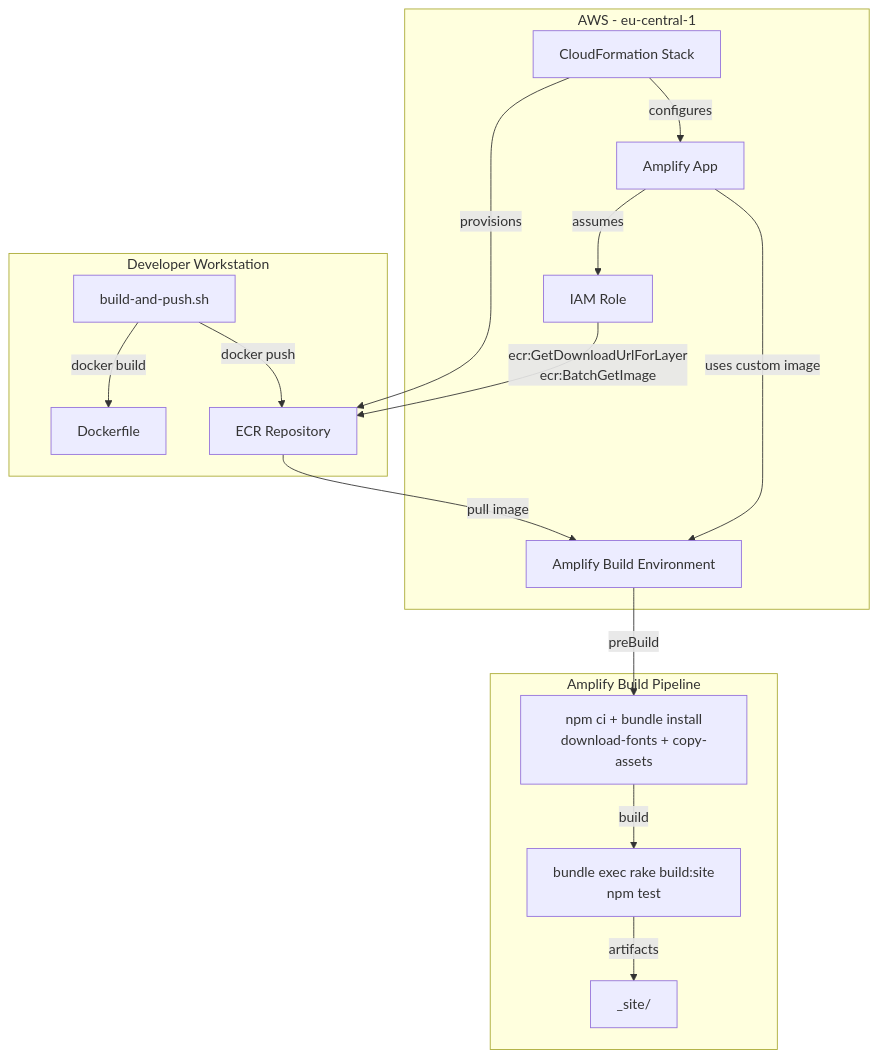
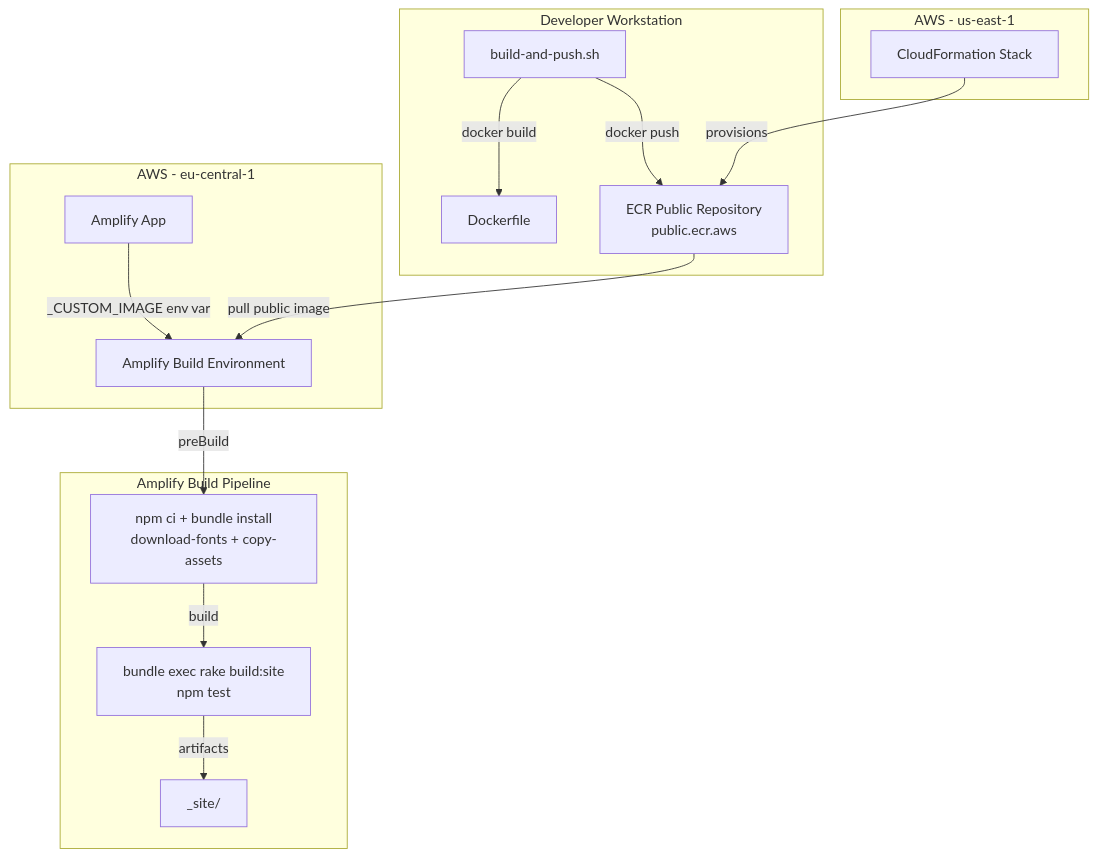
The diagram in .kiro/specs/custom-amplify-build-image/design.md (binghamchris/paddelbuch), drawn with Mermaid before and after one commit. The commit also changed other lines of this file and 3 other files, not shown here.

First line of the commit message:
feat: switch ECR template from private to ECR Public

````diff
--- a/.kiro/specs/custom-amplify-build-image/design.md
+++ b/.kiro/specs/custom-amplify-build-image/design.md
@@ -19,22 +22,22 @@
 ```mermaid
 graph TD
     subgraph "Developer Workstation"
         A[build-and-push.sh] -->|docker build| B[Dockerfile]
-        A -->|docker push| C[ECR Repository]
+        A -->|docker push| C[ECR Public Repository\npublic.ecr.aws]
+    end
+
+    subgraph "AWS - us-east-1"
+        E[CloudFormation Stack] -->|provisions| C
     end
 
     subgraph "AWS - eu-central-1"
-        C -->|pull image| D[Amplify Build Environment]
-        E[CloudFormation Stack] -->|provisions| C
-        E -->|configures| F[Amplify App]
-        F -->|uses custom image| D
-        G[IAM Role] -->|ecr:GetDownloadUrlForLayer\necr:BatchGetImage| C
-        F -->|assumes| G
+        F[Amplify App] -->|_CUSTOM_IMAGE env var| D[Amplify Build Environment]
+        C -->|pull public image| D
     end
 
     subgraph "Amplify Build Pipeline"
         D -->|preBuild| H[npm ci + bundle install\ndownload-fonts + copy-assets]
         H -->|build| I[bundle exec rake build:site\nnpm test]
         I -->|artifacts| J[_site/]
     end
 ```
````
